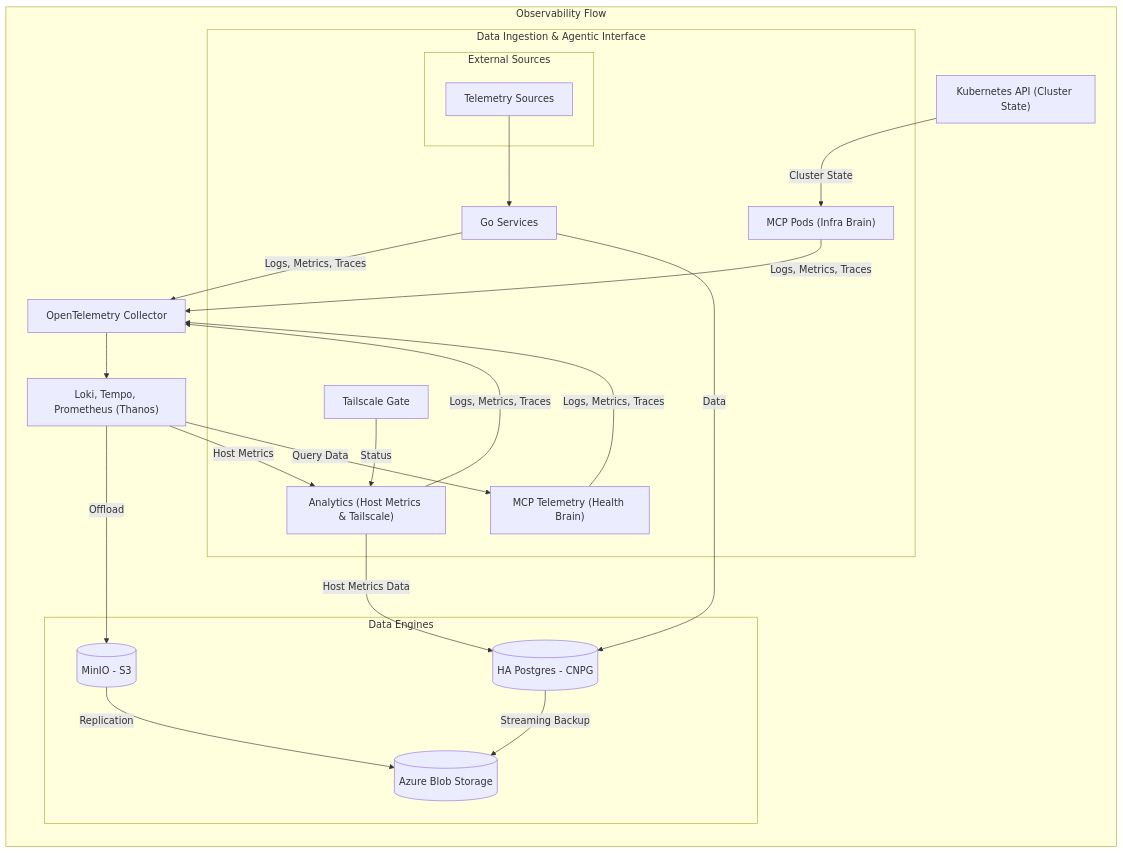
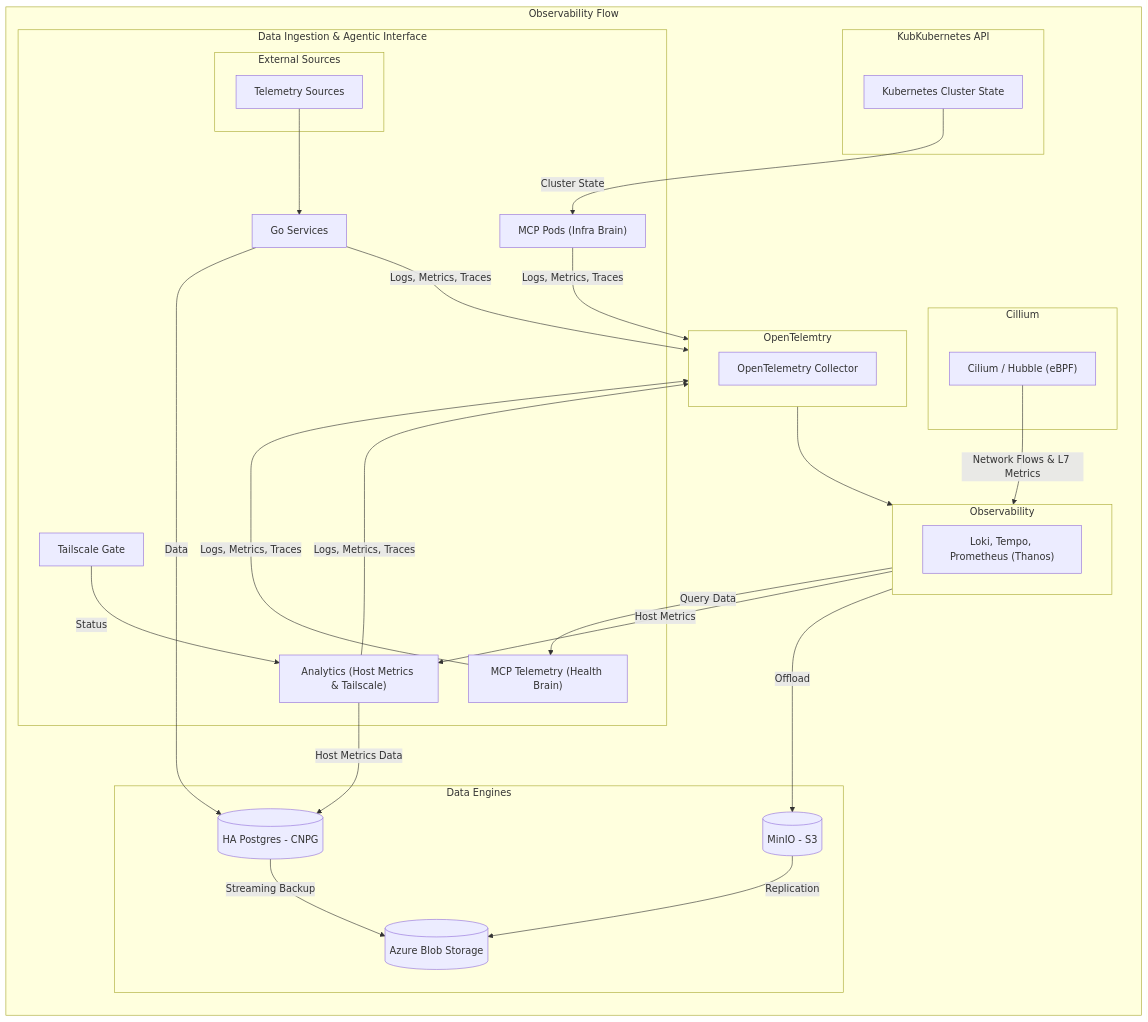
One commit to victoriacheng15/observability-hub changed the diagram in docs/architecture/core-concepts/observability.md. Above: the diagram before and after it, drawn with Mermaid. The commit also changed other lines of this file and 4 other files, not shown here.

Commit message:
docs: align platform branding and architecture with eBPF-native baseline (#325)

````diff
--- a/docs/architecture/core-concepts/observability.md
+++ b/docs/architecture/core-concepts/observability.md
@@ -7,50 +7,59 @@
 ```mermaid
 flowchart TB
     subgraph ObservabilityFlow ["Observability Flow"]
         direction TB
         subgraph Logic ["Data Ingestion & Agentic Interface"]
             subgraph ExternalSources ["External Sources"]
                 External["Telemetry Sources"]
             end
 
             GoApps["Go Services"]
             MCP_Tele["MCP Telemetry (Health Brain)"]
             MCP_Pods["MCP Pods (Infra Brain)"]
             Analytics["Analytics (Host Metrics & Tailscale)"]
             Gate[Tailscale Gate]
         end
 
-        K8S["Kubernetes API (Cluster State)"]
-        OTEL[OpenTelemetry Collector]
-
-        Observability["Loki, Tempo, Prometheus (Thanos)"]
+        subgraph Kube["KubKubernetes API"]
+          K3S["Kubernetes Cluster State"]
+        end
+        subgraph OtelCollector["OpenTelemtry"]
+          OTEL[OpenTelemetry Collector]
+        end
+        subgraph Kernal["Cillium"]
+          Cilium["Cilium / Hubble (eBPF)"]
+        end
+        subgraph Observability["Observability"]
+          LGTM["Loki, Tempo, Prometheus (Thanos)"]
+        end
         subgraph Storage ["Data Engines"]
             PG[(HA Postgres - CNPG)]
             S3[(MinIO - S3)]
             Azure[(Azure Blob Storage)]
         end
     end
 
     %% Data Pipeline Connections
     External --> GoApps
     
     %% Domain-Isolated MCP Paths
     Observability -- "Query Data" --> MCP_Tele
-    K8S -- "Cluster State" --> MCP_Pods
+    K3S -- "Cluster State" --> MCP_Pods
 
     %% Telemetry & Storage Connections
     Observability -- "Host Metrics" --> Analytics
     Gate -- "Status" --> Analytics
     Analytics -- "Host Metrics Data" --> PG
     GoApps -- Data --> PG
 
     %% Telemetry Pipeline (OTLP)
-    GoApps & MCP_Tele & MCP_Pods & Analytics -- "Logs, Metrics, Traces" --> OTEL
+    GoApps & MCP_Tele & MCP_Pods & Analytics -- "Logs, Metrics, Traces" --> OtelCollector
+    Cilium -- "Network Flows & L7 Metrics" --> Observability
     
-    OTEL --> Observability
+    OtelCollector --> Observability
     
     %% Resilience & Backup
     Observability -- "Offload" --> S3
     PG -- "Streaming Backup" --> Azure
     S3 -- "Replication" --> Azure
 ```
````
